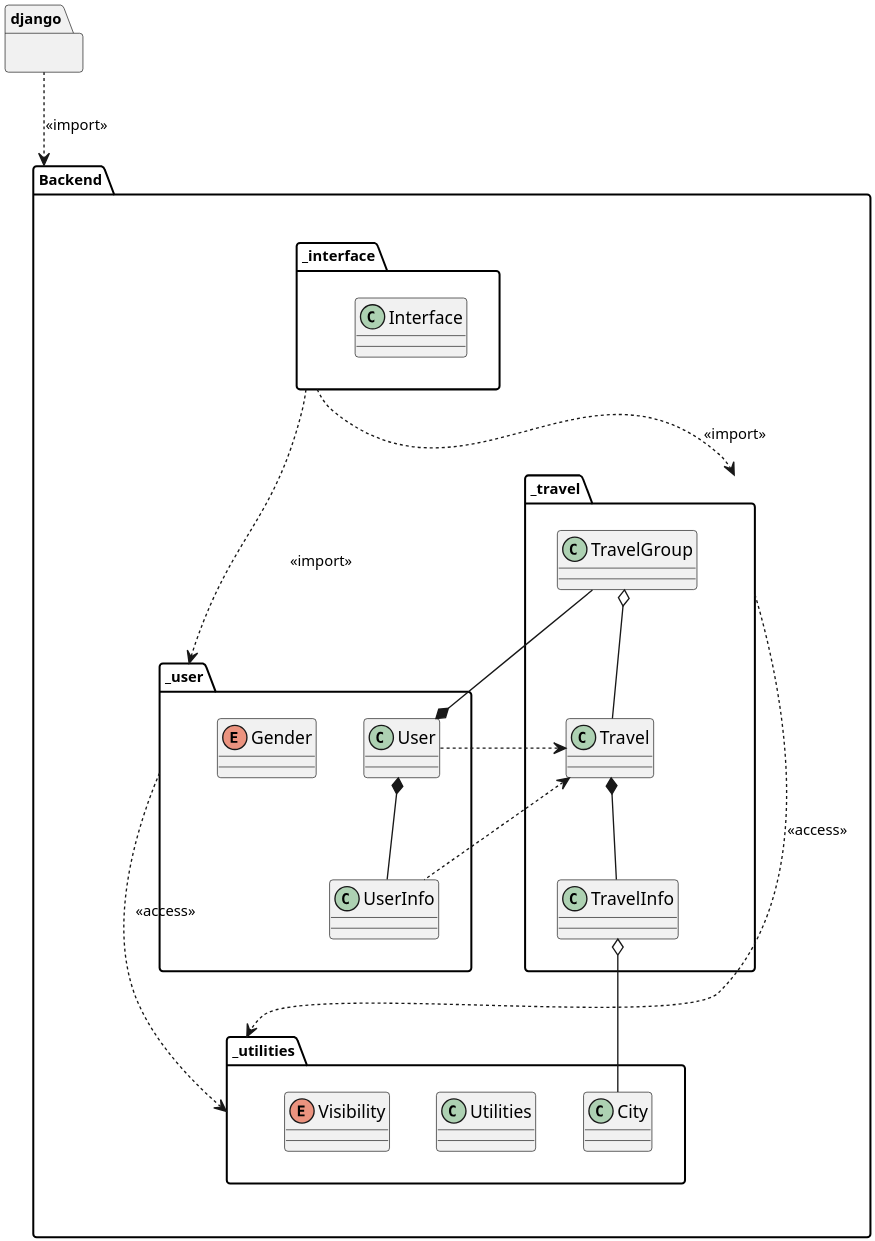
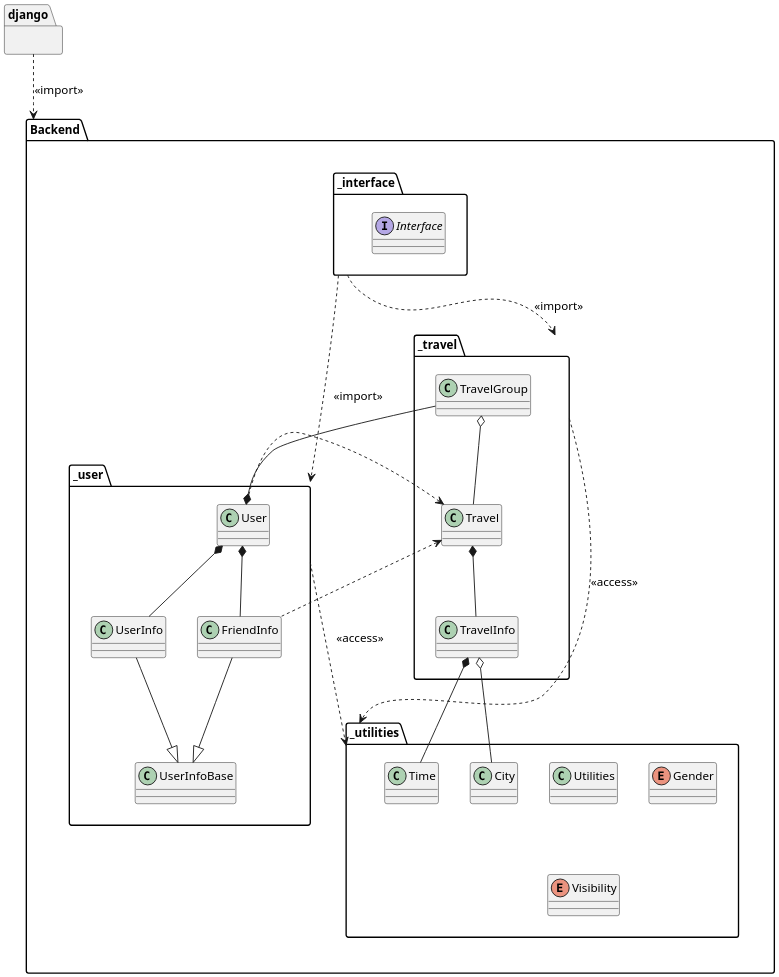
The diagram in doc/第二阶段课堂展示/PackageChart.puml (skyetim/travel_planning_website), drawn with PlantUML before and after one commit. The commit also changed 3 other files, not shown here.

Commit message:
refactor: specify user info and friend info

```diff
--- a/doc/第二阶段课堂展示/PackageChart.puml
+++ b/doc/第二阶段课堂展示/PackageChart.puml
@@ -1,49 +1,59 @@
 @startuml PackageDiagram.backend
-skinparam classAttributeIconSize 0
-skinparam Dpi 300
-skinparam DefaultFontName Menlo
-skinparam DefaultFontSize 11
-skinparam DefaultFontStyle bold
-skinparam ClassFontSize 13
 
-package Backend{
-    package _utilities{
+skinparam Dpi 200
+skinparam DefaultFont {
+    Name Menlo
+    Size 13
+    Style bold
+}
+
+namespace Backend {
+    package _utilities {
         'method gps_to_location()
         class City
+        class Time
         class Utilities
+        enum Gender
         enum Visibility
     }
-    package _interface{
-        class Interface
+
+    package _interface {
+        interface Interface
     }
 
-    package _travel{
+    package _travel {
         class Travel
         class TravelGroup
         class TravelInfo
     }
 
-    package _user{
+    package _user {
         class User
+        class UserInfoBase
         class UserInfo
-        enum Gender
+        class FriendInfo
     }
 }
 
-package django{
+package django {
 }
 
-django..>Backend: <<import>>
-User  *--  UserInfo
-User  *--  TravelGroup
-TravelGroup  o--  Travel
-Travel  *--  TravelInfo
-Travel  <..  User
-Travel  <..  UserInfo
+User        *--  UserInfo
+User        *--  FriendInfo
+User        *--  TravelGroup
+UserInfo    --|> UserInfoBase
+FriendInfo  --|> UserInfoBase
+TravelGroup o--  Travel
+Travel      *--  TravelInfo
+Travel      <..  User
+Travel      <..  FriendInfo
 TravelInfo  o--  City
+TravelInfo  *--  Time
 
-_travel..>_utilities: <<access>>
-_user..>_utilities: <<access>>
-_interface..>_travel: <<import>>
-_interface..>_user: <<import>>
+django     ..> Backend:    <<import>>
+_travel    ..> _utilities: <<access>>
+_user      ..> _utilities: <<access>>
+_interface ..> _travel:    <<import>>
+_interface ..> _user:      <<import>>
+
 @enduml
```
